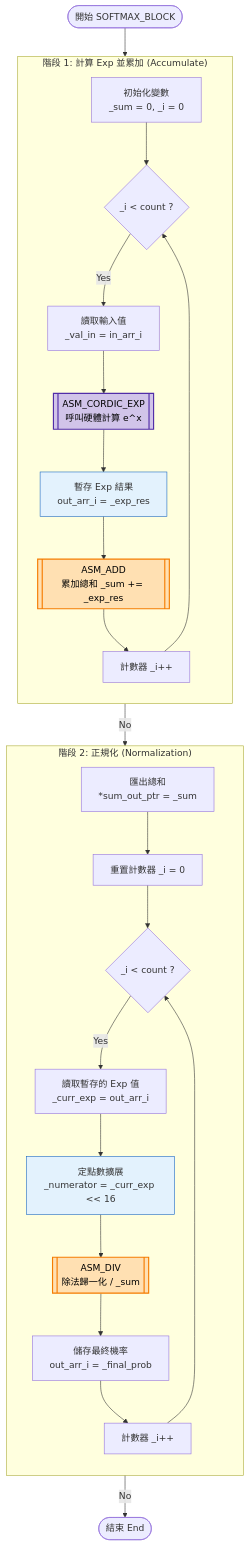
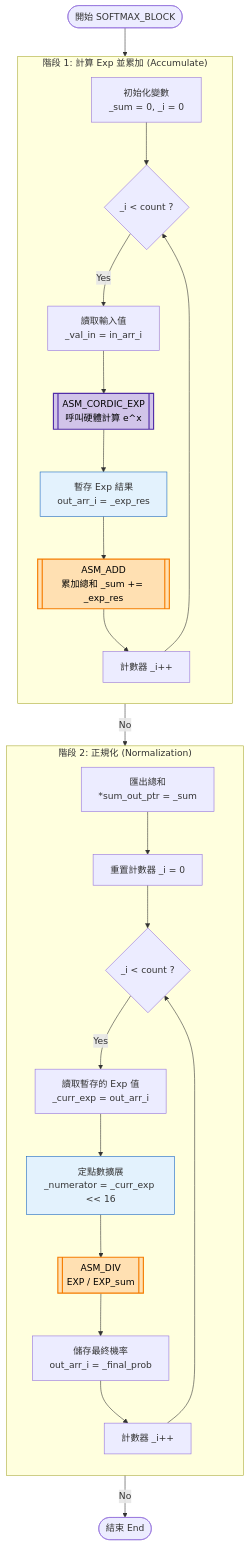
One commit to weifoe/vitis changed diagram 24 of 26 in Car.md. Above: the diagram before and after it, drawn with Mermaid.

Commit message:
Update ASM_DIV reference in Car.md

````diff
--- a/Car.md
+++ b/Car.md
@@ -1309,73 +1309,73 @@
 ```mermaid
 flowchart TD
     %% --- 初始設定 ---
     Start([開始 SOFTMAX_BLOCK]) --> Init[初始化變數<br/>_sum = 0, _i = 0]
 
     %% --- 階段 1: Exp 計算與累加 ---
     subgraph Phase1 ["階段 1: 計算 Exp 並累加 (Accumulate)"]
         direction TB
         CheckLoop1{_i < count ?}
         
         LoadVal[讀取輸入值<br/>_val_in = in_arr_i]
         
         %% 關鍵硬體指令
         AsmExp[[ASM_CORDIC_EXP<br/>呼叫硬體計算 e^x]]
         
         StoreTemp[暫存 Exp 結果<br/>out_arr_i = _exp_res]
         
         %% 關鍵硬體指令
         AsmAdd[[ASM_ADD<br/>累加總和 _sum += _exp_res]]
         
         IncLoop1[計數器 _i++]
 
         Init --> CheckLoop1
         CheckLoop1 -- Yes --> LoadVal
         LoadVal --> AsmExp
         AsmExp --> StoreTemp
         StoreTemp --> AsmAdd
         AsmAdd --> IncLoop1
         IncLoop1 --> CheckLoop1
     end
 
     %% --- 中間輸出 ---
     ExportSum[匯出總和<br/>*sum_out_ptr = _sum]
     CheckLoop1 -- No --> ExportSum
 
     %% --- 階段 2: 正規化 ---
     subgraph Phase2 ["階段 2: 正規化 (Normalization)"]
         direction TB
         ResetLoop[重置計數器 _i = 0]
         CheckLoop2{_i < count ?}
         
         LoadExp[讀取暫存的 Exp 值<br/>_curr_exp = out_arr_i]
         
         BitShift[定點數擴展<br/>_numerator = _curr_exp << 16]
         
         %% 關鍵硬體指令
-        AsmDiv[[ASM_DIV<br/>除法歸一化 / _sum]]
+        AsmDiv[[ASM_DIV<br/>EXP / EXP_sum]]
         
         StoreProb[儲存最終機率<br/>out_arr_i = _final_prob]
         
         IncLoop2[計數器 _i++]
 
         ExportSum --> ResetLoop
         ResetLoop --> CheckLoop2
         CheckLoop2 -- Yes --> LoadExp
         LoadExp --> BitShift
         BitShift --> AsmDiv
         AsmDiv --> StoreProb
         StoreProb --> IncLoop2
         IncLoop2 --> CheckLoop2
     end
 
     %% --- 結束 ---
     End([結束 End])
     CheckLoop2 -- No --> End
 
     %% --- 樣式設定 ---
     style AsmExp fill:#d1c4e9,stroke:#512da8,stroke-width:2px,color:black
     style AsmAdd fill:#ffe0b2,stroke:#f57c00,stroke-width:2px,color:black
     style AsmDiv fill:#ffe0b2,stroke:#f57c00,stroke-width:2px,color:black
     style StoreTemp fill:#e3f2fd,stroke:#1565c0
     style BitShift fill:#e3f2fd,stroke:#1565c0
 ```
````
